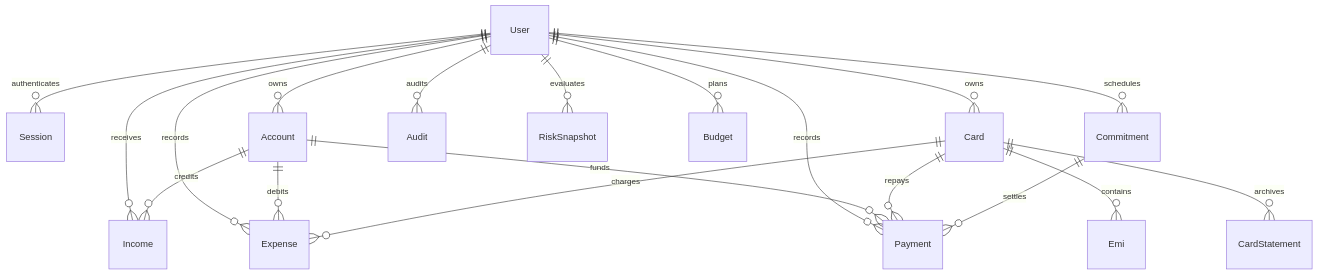
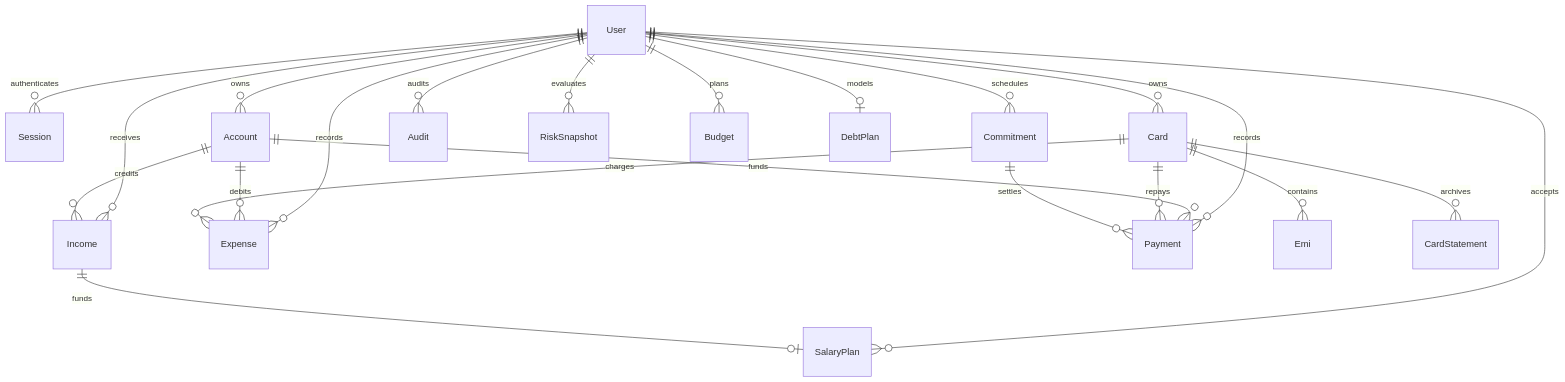
One commit to 70101520/MoneyPath changed the diagram in docs/ARCHITECTURE.md. Above: the diagram before and after it, drawn with Mermaid. The commit also changed other lines of this file and 19 other files, not shown here.

````diff
--- a/docs/ARCHITECTURE.md
+++ b/docs/ARCHITECTURE.md
@@ -9,21 +9,24 @@
 ```mermaid
 erDiagram
   User ||--o{ Session : authenticates
   User ||--o{ Account : owns
   User ||--o{ Income : receives
   User ||--o{ Commitment : schedules
   User ||--o{ Card : owns
   User ||--o{ Expense : records
   User ||--o{ Payment : records
   User ||--o{ Audit : audits
   User ||--o{ RiskSnapshot : evaluates
   User ||--o{ Budget : plans
+  User ||--o{ SalaryPlan : accepts
+  Income ||--o| SalaryPlan : funds
+  User ||--o| DebtPlan : models
   Account ||--o{ Income : credits
   Account ||--o{ Expense : debits
   Account ||--o{ Payment : funds
   Card ||--o{ Expense : charges
   Card ||--o{ Payment : repays
   Card ||--o{ Emi : contains
   Card ||--o{ CardStatement : archives
   Commitment ||--o{ Payment : settles
 ```
````
